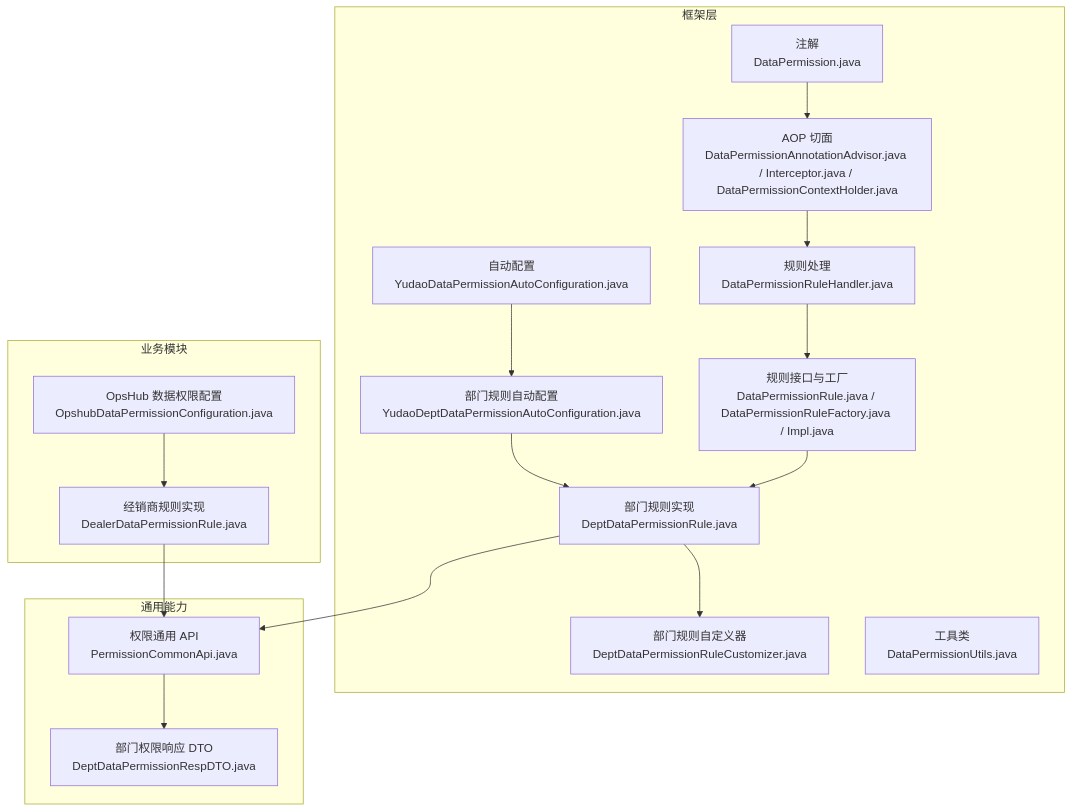
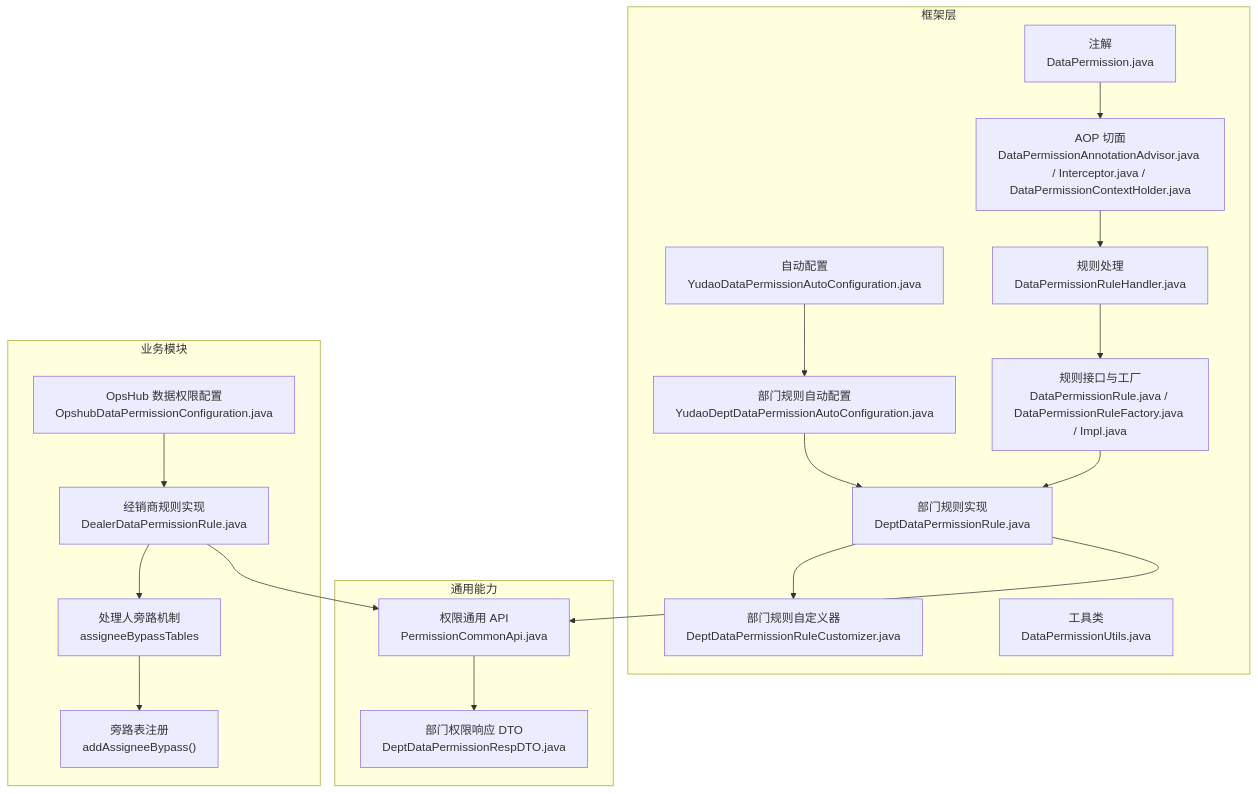
One commit to xiaoche80s-tech/rouyi-vue-pro changed the first of 5 diagrams in .qoder/repowiki/zh/content/安全认证/数据权限.md. Above: the diagram before and after it, drawn with Mermaid. The commit also changed other lines of this file and 621 other files, not shown here.

````diff
--- a/.qoder/repowiki/zh/content/安全认证/数据权限.md
+++ b/.qoder/repowiki/zh/content/安全认证/数据权限.md
@@ -48,33 +55,37 @@
 ```mermaid
 graph TB
 subgraph "框架层"
 A["自动配置<br/>YudaoDataPermissionAutoConfiguration.java"]
 B["部门规则自动配置<br/>YudaoDeptDataPermissionAutoConfiguration.java"]
 C["注解<br/>DataPermission.java"]
 D["AOP 切面<br/>DataPermissionAnnotationAdvisor.java / Interceptor.java / DataPermissionContextHolder.java"]
 E["规则处理<br/>DataPermissionRuleHandler.java"]
 F["规则接口与工厂<br/>DataPermissionRule.java / DataPermissionRuleFactory.java / Impl.java"]
 G["部门规则实现<br/>DeptDataPermissionRule.java"]
 H["部门规则自定义器<br/>DeptDataPermissionRuleCustomizer.java"]
 I["工具类<br/>DataPermissionUtils.java"]
 end
 subgraph "通用能力"
 J["权限通用 API<br/>PermissionCommonApi.java"]
 K["部门权限响应 DTO<br/>DeptDataPermissionRespDTO.java"]
 end
 subgraph "业务模块"
 L["OpsHub 数据权限配置<br/>OpshubDataPermissionConfiguration.java"]
 M["经销商规则实现<br/>DealerDataPermissionRule.java"]
+N["处理人旁路机制<br/>assigneeBypassTables"]
+O["旁路表注册<br/>addAssigneeBypass()"]
 end
 A --> B
 B --> G
 G --> H
 C --> D
 D --> E
 E --> F
 F --> G
 G --> J
 J --> K
 L --> M
+M --> N
+N --> O
 M --> J
 ```
````
